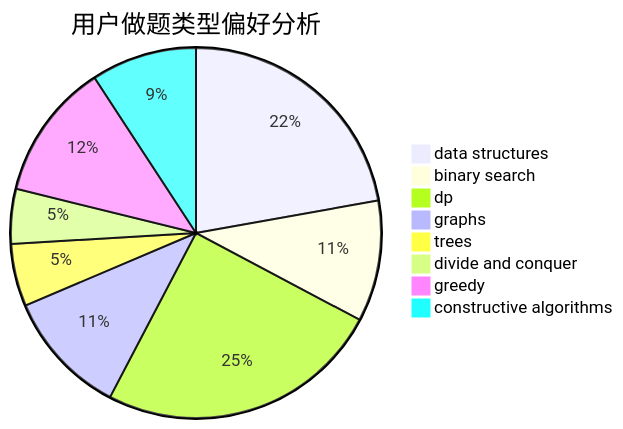
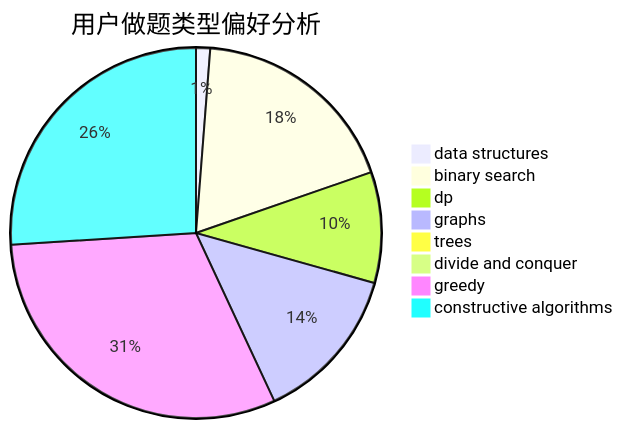
Before and after one commit to sherpahu/cfrs.github.io: the second of 3 diagrams in docs/user/u1568.md, drawn with Mermaid. The commit also changed other lines of this file and 2770 other files, not shown here.

````diff
--- a/docs/user/u1568.md
+++ b/docs/user/u1568.md
@@ -23,11 +23,11 @@
 ```mermaid
 pie title 用户做题类型偏好分析
-    "data structures" :  65
-    "binary search" :  31
-    "dp" :  73
-    "graphs" :  32
-    "trees" :  16
-    "divide and conquer" :  14
-    "greedy" :  35
-    "constructive algorithms" :  27
+    "data structures" :  7
+    "binary search" :  105
+    "dp" :  55
+    "graphs" :  78
+    "trees" :  2
+    "divide and conquer" :  1
+    "greedy" :  176
+    "constructive algorithms" :  148
 ```
````
